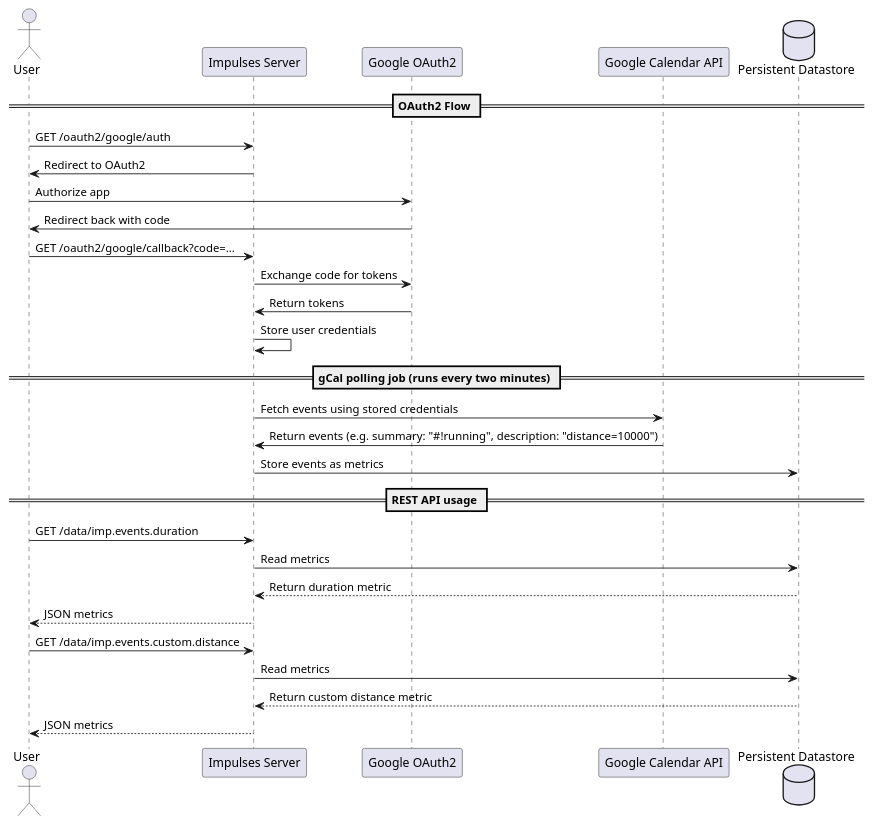
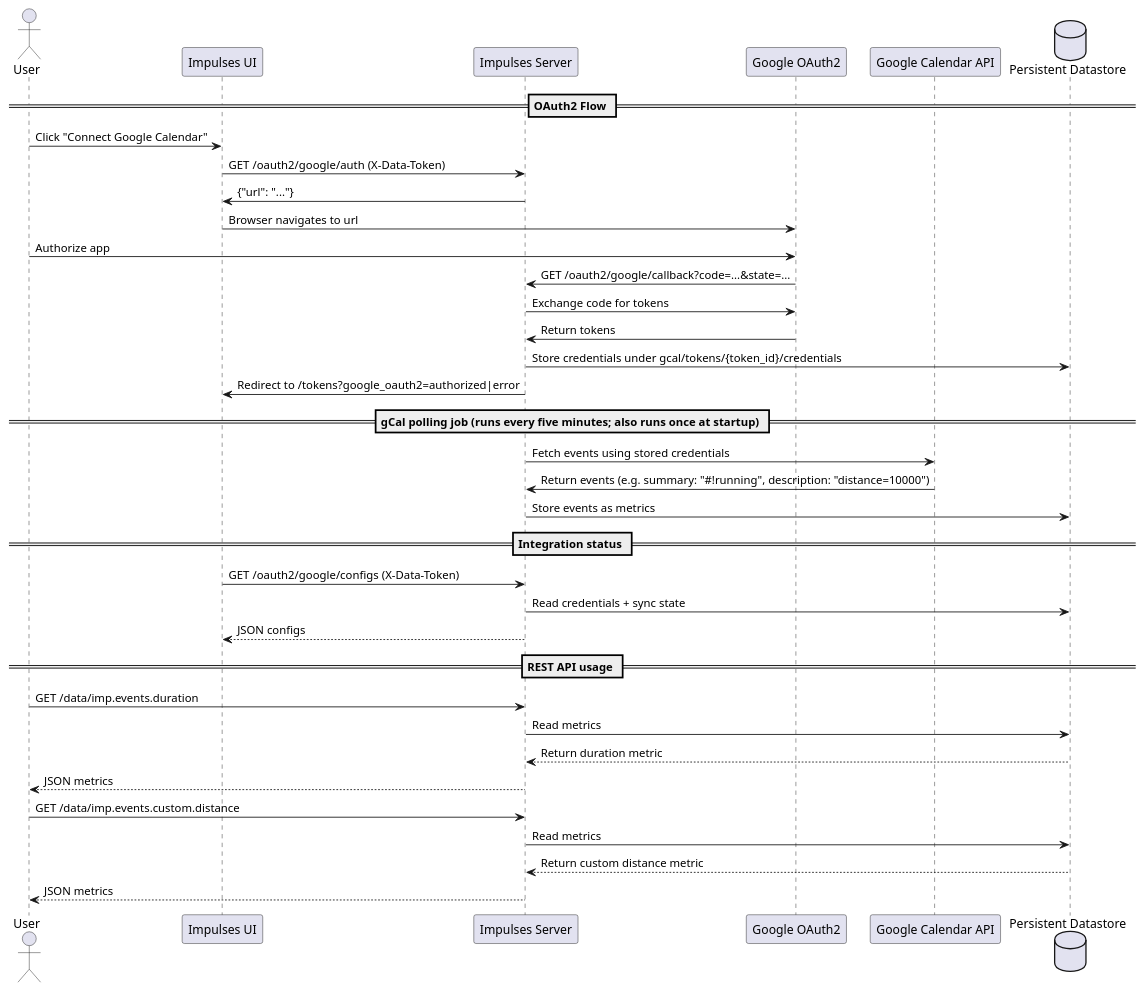
One commit to AdamBalski/impulses changed the diagram in server/gcal_flow.plantuml. Above: the diagram before and after it, drawn with PlantUML. The commit also changed 3 other files, not shown here.

Commit message:
update gcal docs; minor fixes; schedule gcal sync at app start

```diff
--- a/server/gcal_flow.plantuml
+++ b/server/gcal_flow.plantuml
@@ -1,32 +1,40 @@
 @startuml
 actor User
+participant "Impulses UI" as UI
 participant "Impulses Server" as Server
 participant "Google OAuth2" as OAuth2
 participant "Google Calendar API" as GCal
 database "Persistent Datastore" as DB
 
 == OAuth2 Flow ==
-User -> Server : GET /oauth2/google/auth
-Server -> User : Redirect to OAuth2
+User -> UI : Click "Connect Google Calendar"
+UI -> Server : GET /oauth2/google/auth (X-Data-Token)
+Server -> UI : {"url": "..."}
+UI -> OAuth2 : Browser navigates to url
 User -> OAuth2 : Authorize app
-OAuth2 -> User : Redirect back with code
-User -> Server : GET /oauth2/google/callback?code=...
+OAuth2 -> Server : GET /oauth2/google/callback?code=...&state=...
 Server -> OAuth2 : Exchange code for tokens
 OAuth2 -> Server : Return tokens
-Server -> Server : Store user credentials
-== gCal polling job (runs every two minutes) ==
+Server -> DB : Store credentials under gcal/tokens/{token_id}/credentials
+Server -> UI : Redirect to /tokens?google_oauth2=authorized|error
+== gCal polling job (runs every five minutes; also runs once at startup) ==
 Server -> GCal : Fetch events using stored credentials
 GCal -> Server : Return events (e.g. summary: "#!running", description: "distance=10000")
 Server -> DB : Store events as metrics
+
+== Integration status ==
+UI -> Server : GET /oauth2/google/configs (X-Data-Token)
+Server -> DB : Read credentials + sync state
+Server --> UI : JSON configs
 
 == REST API usage ==
 User -> Server : GET /data/imp.events.duration
 Server -> DB : Read metrics
 DB --> Server : Return duration metric
 Server --> User : JSON metrics
 
 User -> Server : GET /data/imp.events.custom.distance
 Server -> DB : Read metrics
 DB --> Server : Return custom distance metric
 Server --> User : JSON metrics
 @enduml
```
